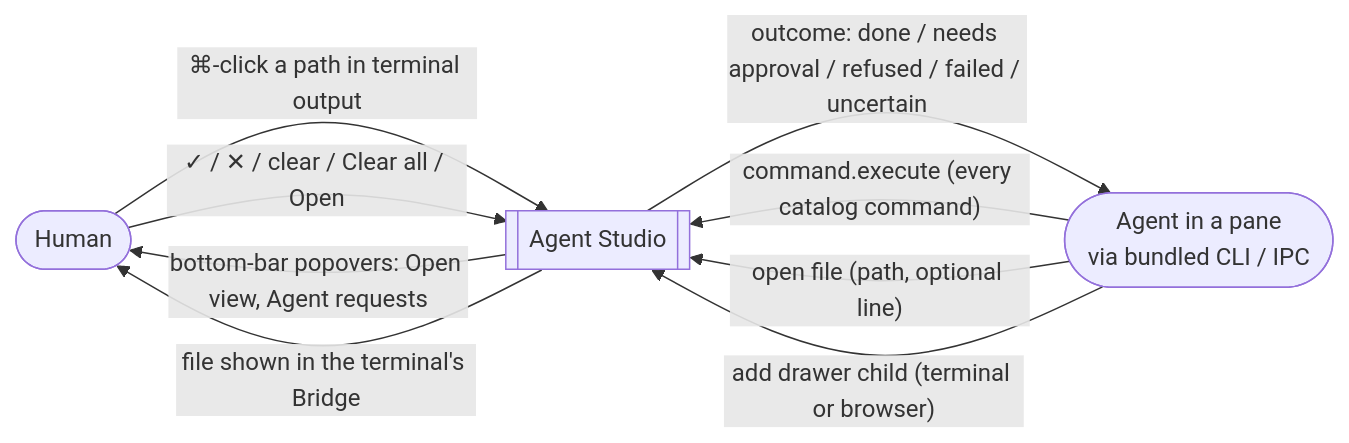
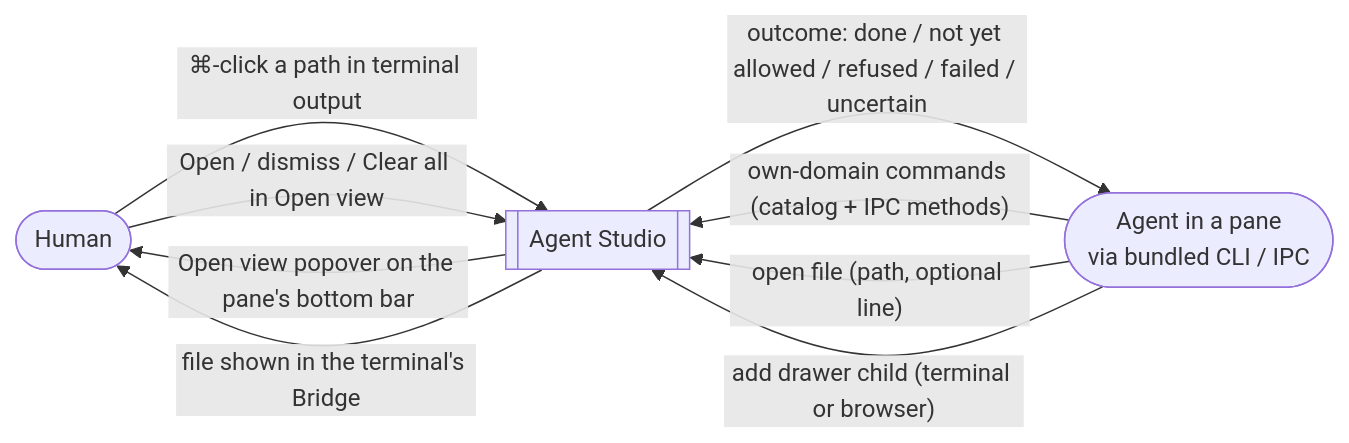
The first of 2 diagrams in docs/specs/2026-09-23-workspace-ipc-control/specification.md (ShravanSunder/agentstudio), drawn with Mermaid before and after one commit. The commit also changed other lines of this file and 1 other file, not shown here.

First line of the commit message:
Narrow workspace IPC control v1 to the agent's own domain

````diff
--- a/docs/specs/2026-09-23-workspace-ipc-control/specification.md
+++ b/docs/specs/2026-09-23-workspace-ipc-control/specification.md
@@ -14,14 +14,14 @@
 ```mermaid
 flowchart LR
   human([Human])
   agent([Agent in a pane<br/>via bundled CLI / IPC])
   app[[Agent Studio]]
-  agent -- "command.execute (every catalog command)" --> app
+  agent -- "own-domain commands (catalog + IPC methods)" --> app
   agent -- "open file (path, optional line)" --> app
   agent -- "add drawer child (terminal or browser)" --> app
-  app -- "outcome: done / needs approval / refused / failed / uncertain" --> agent
+  app -- "outcome: done / not yet allowed / refused / failed / uncertain" --> agent
   human -- "⌘-click a path in terminal output" --> app
-  human -- "✓ / ✕ / clear / Clear all / Open" --> app
-  app -- "bottom-bar popovers: Open view, Agent requests" --> human
+  human -- "Open / dismiss / Clear all in Open view" --> app
+  app -- "Open view popover on the pane's bottom bar" --> human
   app -- "file shown in the terminal's Bridge" --> human
 ```
````
